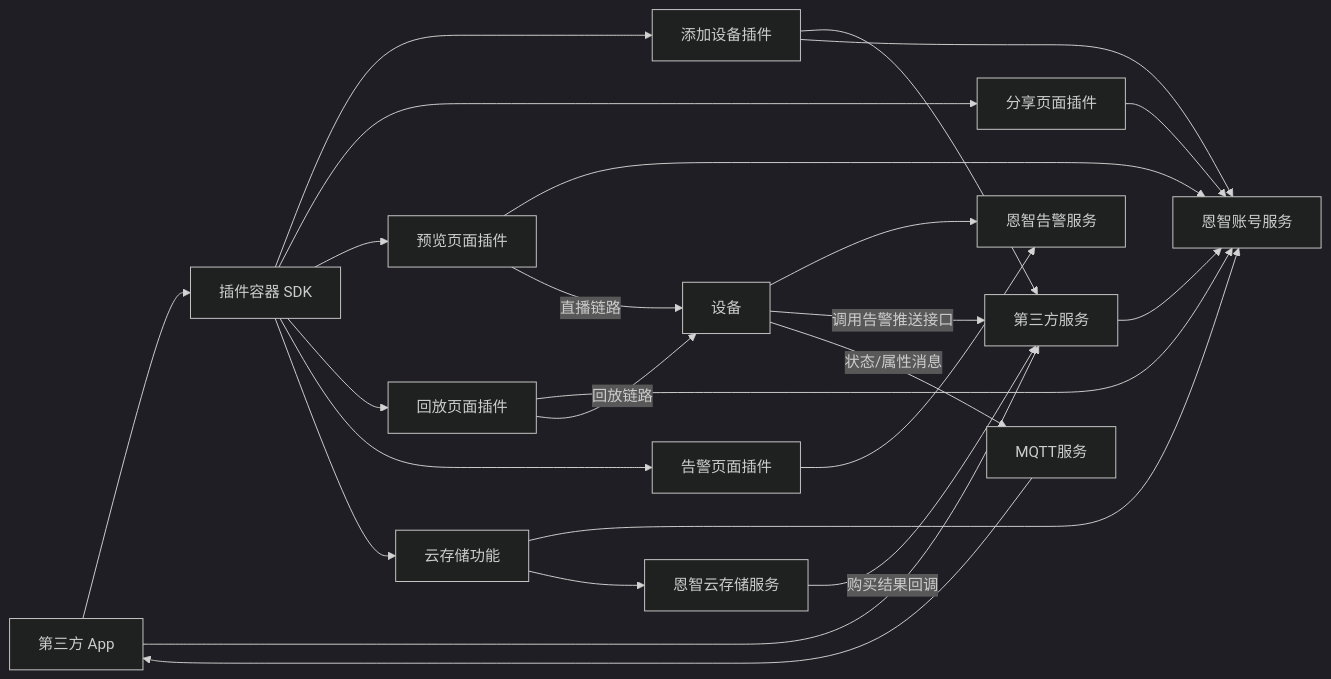
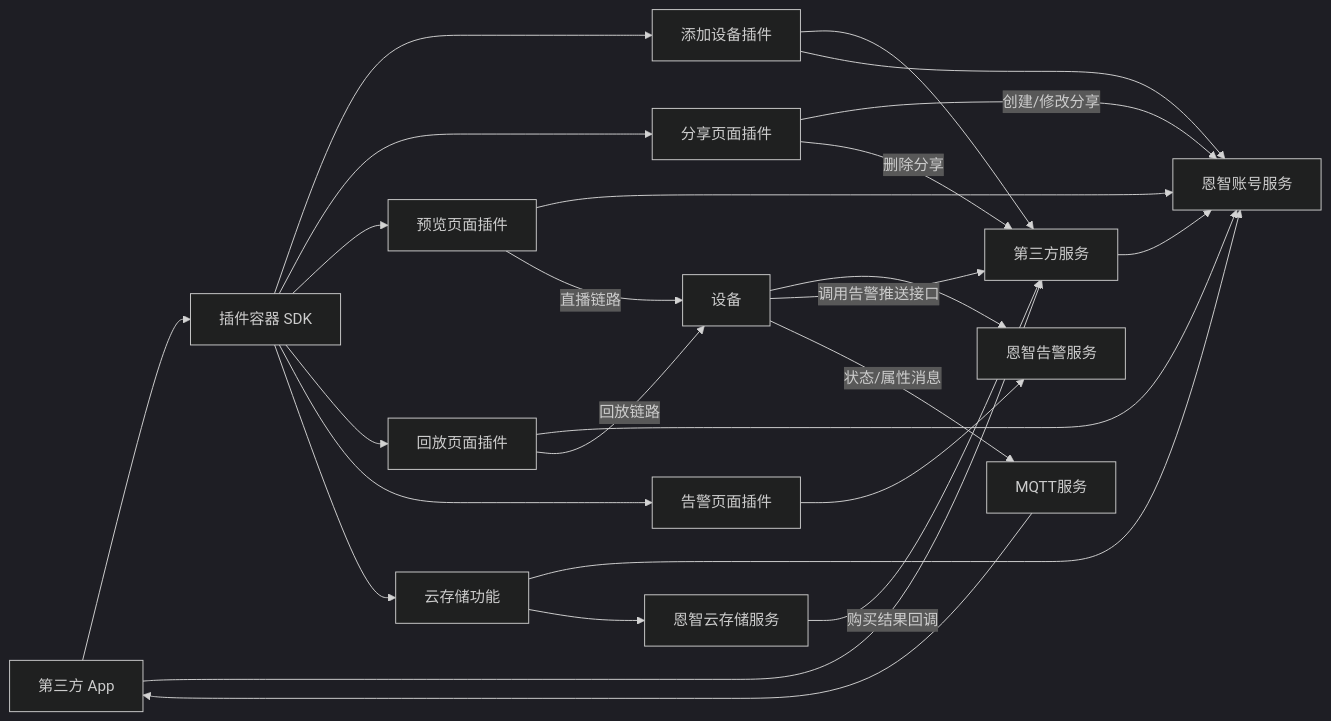
The first of 16 diagrams in App端物联网设备模块插件化开发方案.md (itmanlee/IoT-Device-Plugin-Framework), drawn with Mermaid (dark theme) before and after one commit. The commit also changed other lines of this file, not shown here.

````diff
--- a/App端物联网设备模块插件化开发方案.md
+++ b/App端物联网设备模块插件化开发方案.md
@@ -33,30 +33,31 @@
 ```mermaid
 flowchart LR
     A[第三方 App] --> B[插件容器 SDK]
     B --> C1[添加设备插件]
     B --> C2[分享页面插件]
     B --> C3[预览页面插件]
     B --> C4[回放页面插件]
     B --> C5[告警页面插件]
     B --> C6[云存储功能]
 
     A --> D[第三方服务]
     D --> E[恩智账号服务]
     I[设备] --> G[恩智告警服务]
     I -->|调用告警推送接口| D
     J[恩智云存储服务] -->|购买结果回调| D
 
     C1 --> D
     C1 --> E
-    C2 --> E
+    C2 -->|创建/修改分享| E
+    C2 -->|删除分享| D
     C3 --> E
     C3 -->|直播链路| I
     C4 --> E
     C4 -->|回放链路| I
     C5 --> G
     C6 --> E
     C6 --> J
 
     I -->|状态/属性消息| H
     H[MQTT服务] --> A
 ```
````
